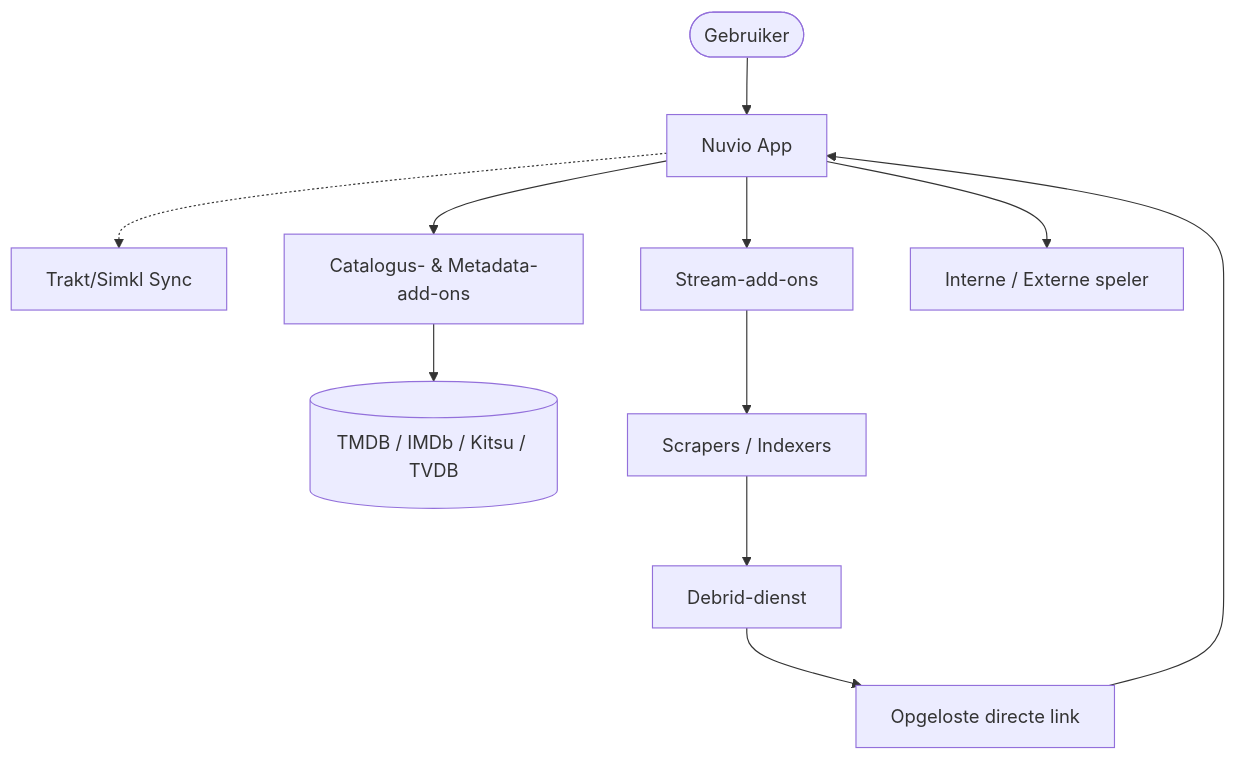
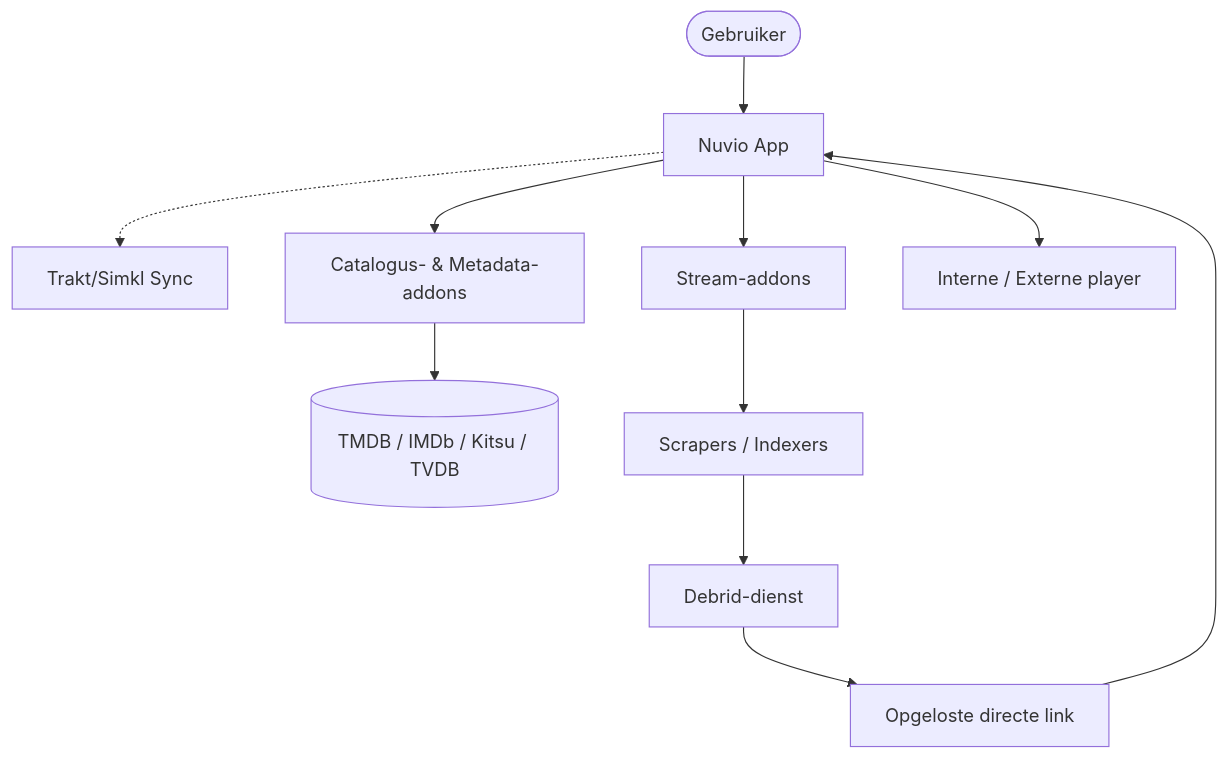
The diagram in docs/nl/overview.md (halibiram/Nuvio-Wiki), drawn with Mermaid before and after one commit. The commit also changed other lines of this file and 23 other files, not shown here.

````diff
--- a/docs/nl/overview.md
+++ b/docs/nl/overview.md
@@ -10,21 +10,21 @@
 ```mermaid
 graph TD
     User([Gebruiker]) --> App[Nuvio App]
     
     %% Syncing
     App -.-> Trakt[Trakt/Simkl Sync]
     
     %% UI Generation Flow
-    App --> MetaAddons[Catalogus- & Metadata-add-ons]
+    App --> MetaAddons[Catalogus- & Metadata-addons]
     MetaAddons --> Metadata[(TMDB / IMDb / Kitsu / TVDB)]
     
     %% Playback Flow (Triggers on click)
-    App --> StreamAddons[Stream-add-ons]
+    App --> StreamAddons[Stream-addons]
     StreamAddons --> Scrapers[Scrapers / Indexers]
     Scrapers --> Debrid[Debrid-dienst]
     
     %% Routing the stream
     Debrid --> Links[Opgeloste directe link]
     Links --> App
-    App --> Player[Interne / Externe speler]
+    App --> Player[Interne / Externe player]
 ```
````
